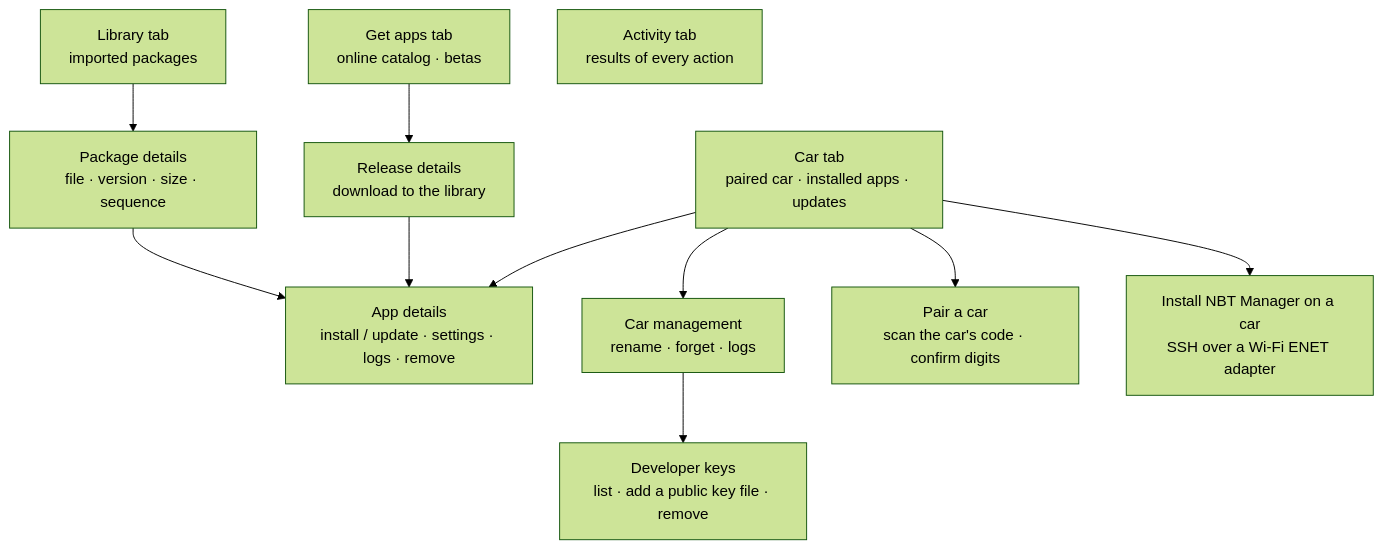
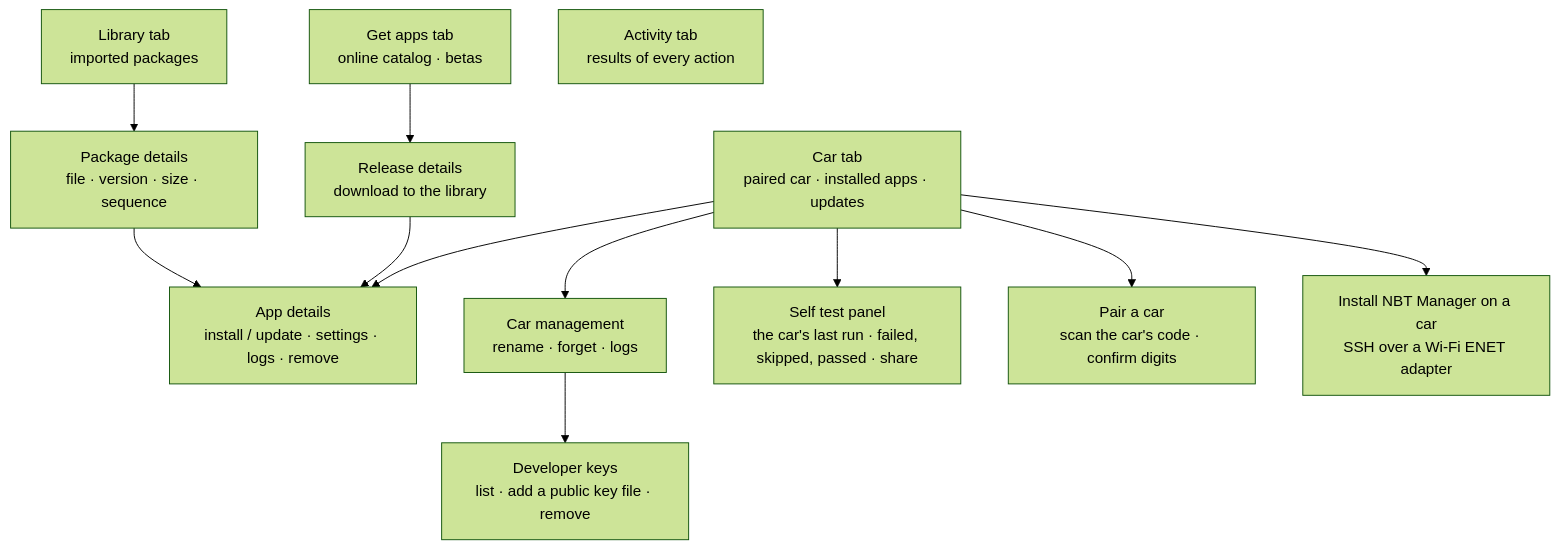
One commit to NBTFoundry/mobile-app changed the diagram in docs/ui.md. Above: the diagram before and after it, drawn with Mermaid (forest theme). The commit also changed 17 other files, not shown here.

First line of the commit message:
Self test results on the phone

````diff
--- a/docs/ui.md
+++ b/docs/ui.md
@@ -10,13 +10,14 @@
 ```mermaid
 flowchart TD
   CAR["Car tab<br/>paired car · installed apps · updates"] --> APP["App details<br/>install / update · settings · logs · remove"]
   CAR --> MANAGE["Car management<br/>rename · forget · logs"]
+  CAR --> SELFTEST["Self test panel<br/>the car's last run · failed, skipped, passed · share"]
   MANAGE --> KEYS["Developer keys<br/>list · add a public key file · remove"]
   CAR --> PAIR["Pair a car<br/>scan the car's code · confirm digits"]
   CAR --> INSTALLER["Install NBT Manager on a car<br/>SSH over a Wi-Fi ENET adapter"]
   STORE["Get apps tab<br/>online catalog · betas"] --> REL["Release details<br/>download to the library"]
   REL --> APP
   LIB["Library tab<br/>imported packages"] --> PKG["Package details<br/>file · version · size · sequence"]
   PKG --> APP
   ACT["Activity tab<br/>results of every action"]
 ```
````
